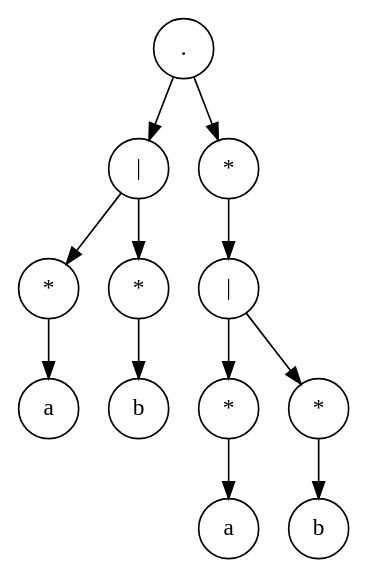
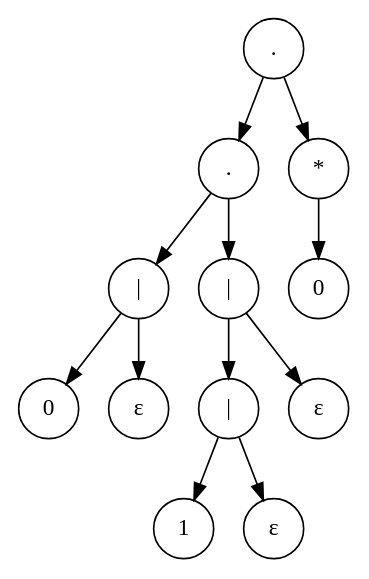
Before and after one commit to DiggsPapu/TeoriaComputacion: the diagram in Graphs/Tree/ast5.dot, drawn with Graphviz. The commit also changed 20 other files, not shown here.

```diff
--- a/Graphs/Tree/ast5.dot
+++ b/Graphs/Tree/ast5.dot
@@ -1,26 +1,26 @@
 digraph Tree{
 node [shape=circle];
-node0 [label="a"];
-node1 [label="*"];
-node2 [label="b"];
-node3 [label="*"];
-node4 [label="|"];
-node5 [label="a"];
-node6 [label="*"];
-node7 [label="b"];
-node8 [label="*"];
-node9 [label="|"];
+node0 [label="0"];
+node1 [label="ε"];
+node2 [label="|"];
+node3 [label="1"];
+node4 [label="ε"];
+node5 [label="|"];
+node6 [label="ε"];
+node7 [label="|"];
+node8 [label="."];
+node9 [label="0"];
 node10 [label="*"];
 node11 [label="."];
-node1->node0;
-node3->node2;
-node4->node1;
-node4->node3;
-node6->node5;
+node2->node0;
+node2->node1;
+node5->node3;
+node5->node4;
+node7->node5;
+node7->node6;
+node8->node2;
 node8->node7;
-node9->node6;
-node9->node8;
 node10->node9;
-node11->node4;
+node11->node8;
 node11->node10;
 }
```
